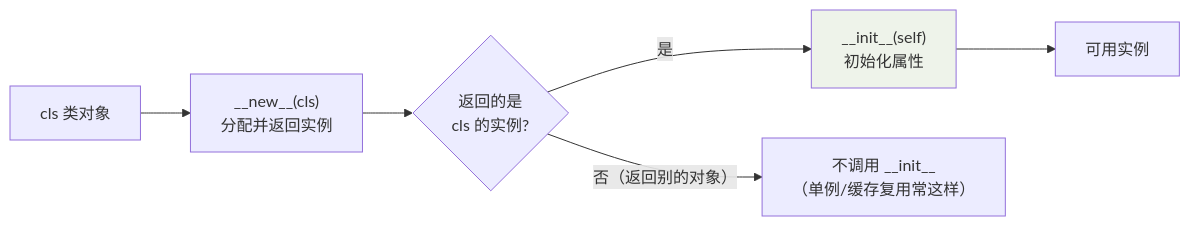
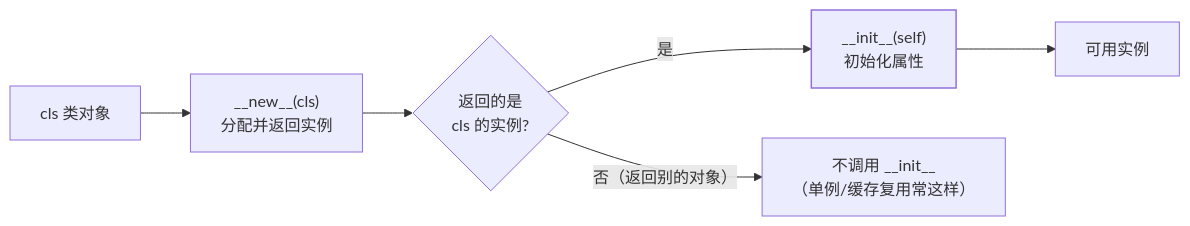
One commit to Loadhao/ascension changed the first of 2 diagrams in src/content/docs/python/basic/oop/01-class-basics.md. Above: the diagram before and after it, drawn with Mermaid. The commit also changed other lines of this file and 87 other files, not shown here.

First line of the commit message:
fix: 全站图表配色改由主题接管，修复暗色主题下浅底浅字看不清

````diff
--- a/src/content/docs/python/basic/oop/01-class-basics.md
+++ b/src/content/docs/python/basic/oop/01-class-basics.md
@@ -23,9 +23,10 @@
 ```mermaid
 flowchart LR
     A["cls 类对象"] --> B["__new__(cls)<br/>分配并返回实例"]
     B --> C{"返回的是<br/>cls 的实例?"}
     C -- "是" --> D["__init__(self)<br/>初始化属性"]
     C -- "否（返回别的对象）" --> E["不调用 __init__<br/>（单例/缓存复用常这样）"]
     D --> F["可用实例"]
-    style D fill:#eef3ea
+    class D good
+    classDef good stroke-width:1.5px
 ```
````
